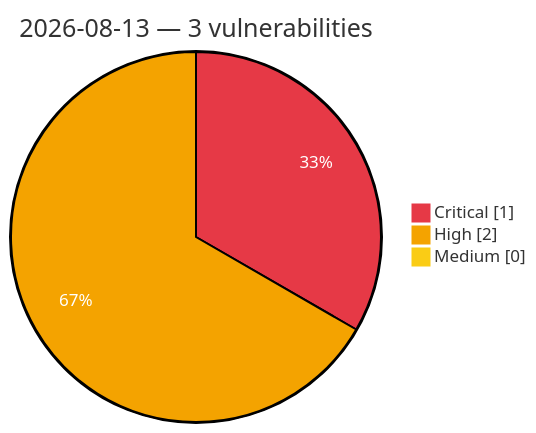
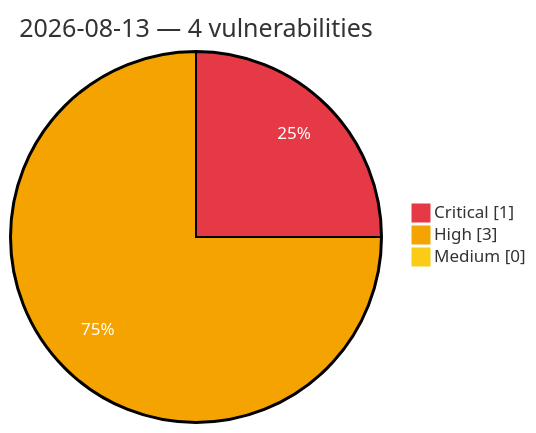
One commit to GhostX0X/vuln-tracker changed the diagram in vulnerabilities/2026/August/2026-08-13.md. Above: the diagram before and after it, drawn with Mermaid. The commit also changed other lines of this file and 5 other files, not shown here.

````diff
--- a/vulnerabilities/2026/August/2026-08-13.md
+++ b/vulnerabilities/2026/August/2026-08-13.md
@@ -3,8 +3,8 @@
 ```mermaid
 %%{init: {'theme':'base', 'themeVariables': {'pie1':'#e63946', 'pie2':'#f4a300', 'pie3':'#facc15', 'pieOpacity':'1', 'pieOuterStrokeWidth':'2px', 'pieSectionTextColor':'#ffffff'}}}%%
 pie showData
-    title 2026-08-13 — 3 vulnerabilities
+    title 2026-08-13 — 4 vulnerabilities
     "Critical" : 1
-    "High" : 2
+    "High" : 3
     "Medium" : 0
 ```
````
